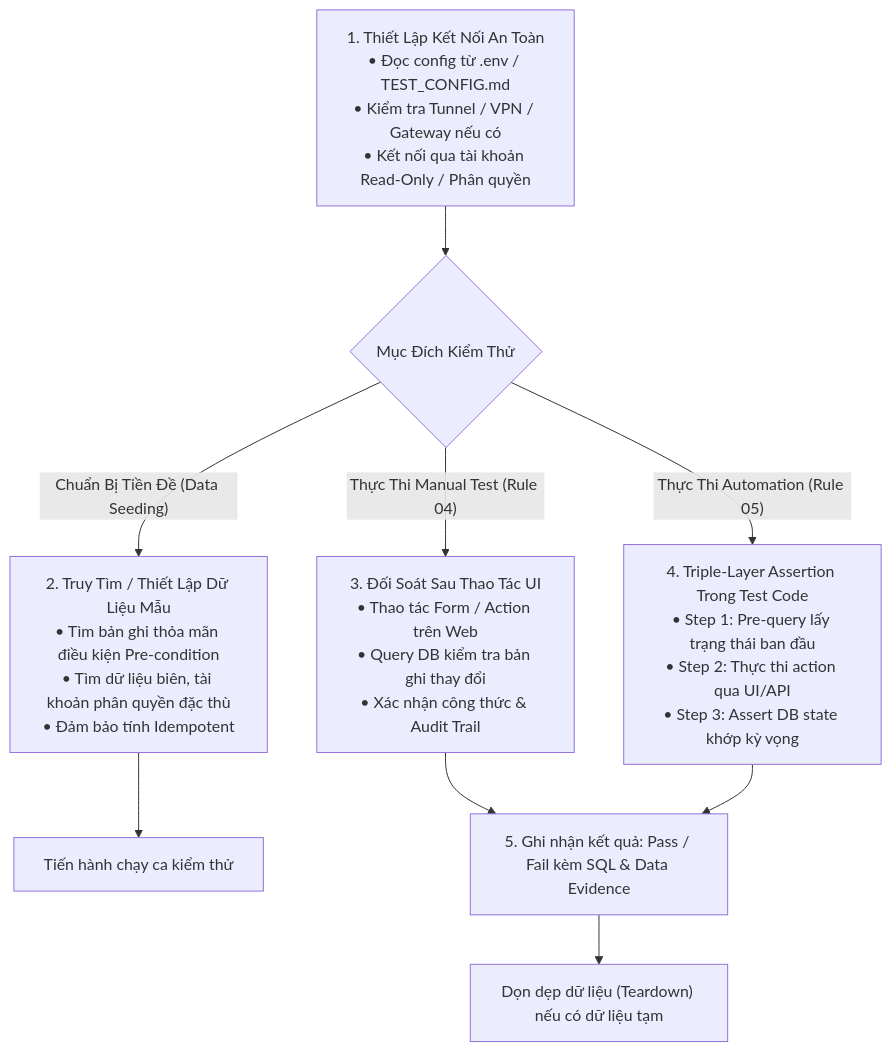
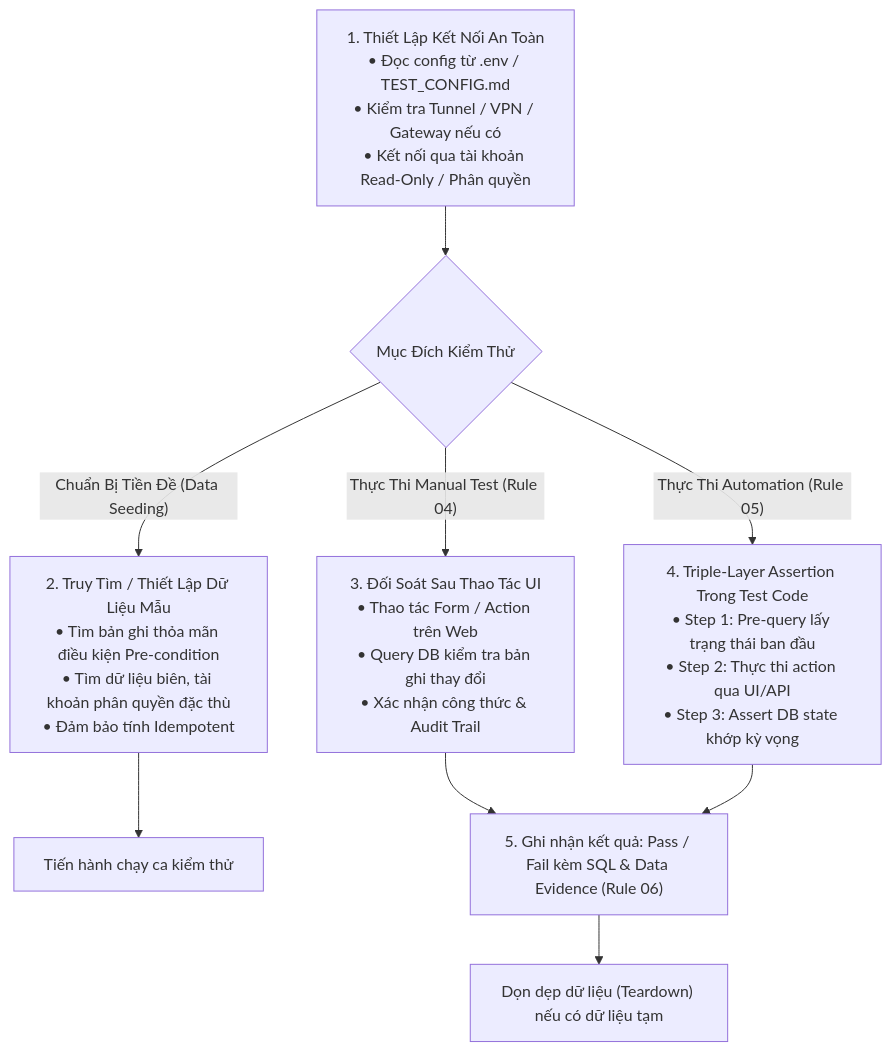
The diagram in Universal_Rules/07_database_testing_rule.md (leo1133/SurrealDoll), drawn with Mermaid before and after one commit. The commit also changed other lines of this file and 6 other files, not shown here.

````diff
--- a/Universal_Rules/07_database_testing_rule.md
+++ b/Universal_Rules/07_database_testing_rule.md
@@ -18,18 +18,18 @@
 ```mermaid
 flowchart TD
     Init["1. Thiết Lập Kết Nối An Toàn<br>• Đọc config từ .env / TEST_CONFIG.md<br>• Kiểm tra Tunnel / VPN / Gateway nếu có<br>• Kết nối qua tài khoản Read-Only / Phân quyền"]
     
     Init --> TaskType{"Mục Đích Kiểm Thử"}
     
     TaskType -- "Chuẩn Bị Tiền Đề (Data Seeding)" --> Seeding["2. Truy Tìm / Thiết Lập Dữ Liệu Mẫu<br>• Tìm bản ghi thỏa mãn điều kiện Pre-condition<br>• Tìm dữ liệu biên, tài khoản phân quyền đặc thù<br>• Đảm bảo tính Idempotent"]
     
     TaskType -- "Thực Thi Manual Test (Rule 04)" --> ManualVerify["3. Đối Soát Sau Thao Tác UI<br>• Thao tác Form / Action trên Web<br>• Query DB kiểm tra bản ghi thay đổi<br>• Xác nhận công thức & Audit Trail"]
     
     TaskType -- "Thực Thi Automation (Rule 05)" --> AutoAssert["4. Triple-Layer Assertion Trong Test Code<br>• Step 1: Pre-query lấy trạng thái ban đầu<br>• Step 2: Thực thi action qua UI/API<br>• Step 3: Assert DB state khớp kỳ vọng"]
     
     Seeding --> Execution["Tiến hành chạy ca kiểm thử"]
-    ManualVerify --> Record["5. Ghi nhận kết quả: Pass / Fail kèm SQL & Data Evidence"]
+    ManualVerify --> Record["5. Ghi nhận kết quả: Pass / Fail kèm SQL & Data Evidence (Rule 06)"]
     AutoAssert --> Record
     
     Record --> Cleanup["Dọn dẹp dữ liệu (Teardown) nếu có dữ liệu tạm"]
 ```
````
